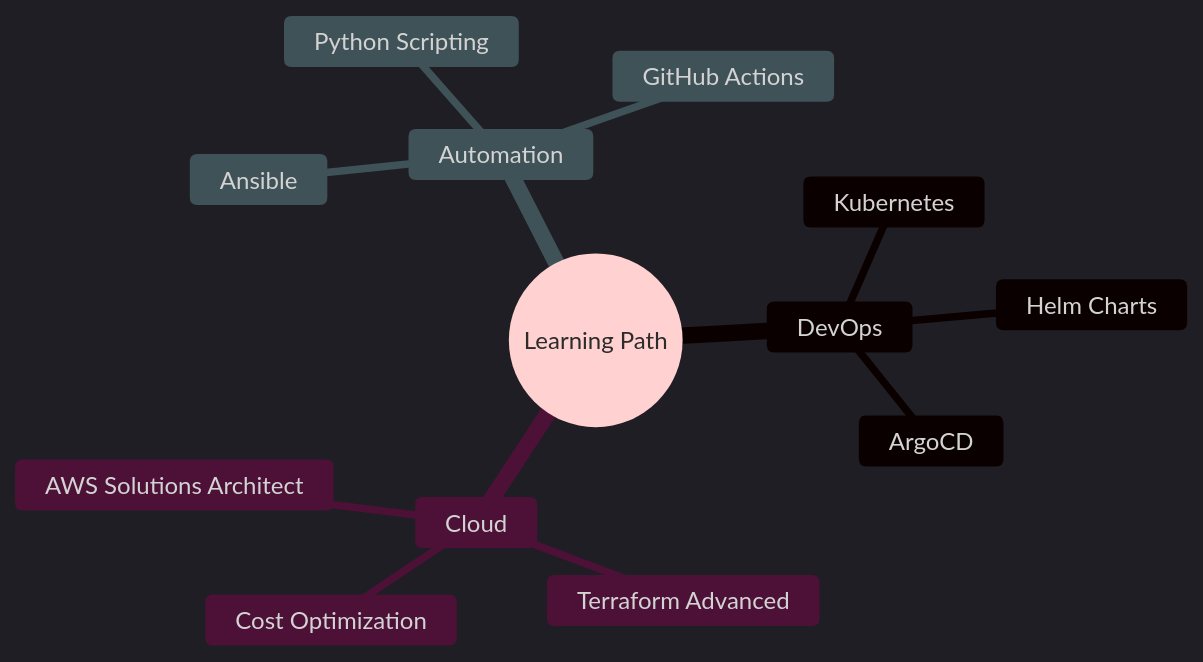
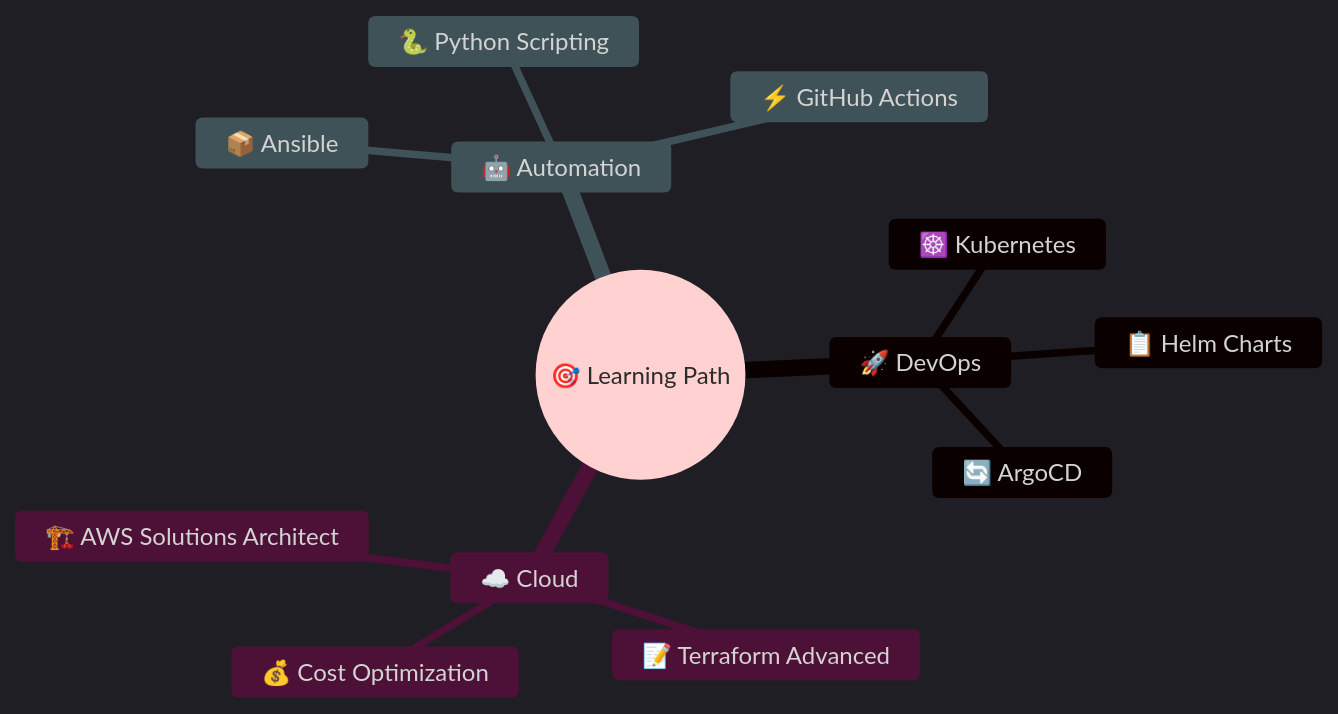
One commit to Narendra-Geddam/Narendra-Geddam changed the diagram in README.md. Above: the diagram before and after it, drawn with Mermaid.

Commit message:
updated d profile md

````diff
--- a/README.md
+++ b/README.md
@@ -255,17 +255,17 @@
 ```mermaid
-%%{init: {'theme': 'dark', 'themeVariables': { 'primaryColor': '#00D9FF', 'primaryTextColor': '#fff', 'primaryBorderColor': '#00D9FF', 'lineColor': '#00D9FF', 'secondaryColor': '#FF6B6B', 'tertiaryColor': '#6B6BFF'}}}%%
+%%{init: {'theme': 'dark', 'themeVariables': { 'primaryColor': '#00D9FF', 'primaryTextColor': '#FFFFFF', 'primaryBorderColor': '#00D9FF', 'lineColor': '#00D9FF', 'secondaryColor': '#FF6B6B', 'tertiaryColor': '#A78BFA', 'fontFamily': 'Inter, sans-serif', 'fontSize': '16px'}}}%%
 mindmap
-  root((Learning Path))
-    DevOps
-      Kubernetes
-      Helm Charts
-      ArgoCD
-    Cloud
-      AWS Solutions Architect
-      Terraform Advanced
-      Cost Optimization
-    Automation
-      Ansible
-      Python Scripting
-      GitHub Actions
+  root((🎯 Learning Path))
+    🚀 DevOps
+      ☸️ Kubernetes
+      📋 Helm Charts
+      🔄 ArgoCD
+    ☁️ Cloud
+      🏗️ AWS Solutions Architect
+      📝 Terraform Advanced
+      💰 Cost Optimization
+    🤖 Automation
+      📦 Ansible
+      🐍 Python Scripting
+      ⚡ GitHub Actions
 ```
````
